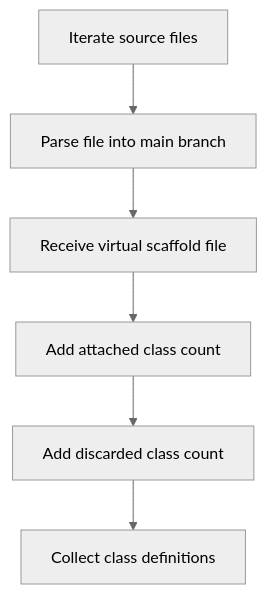
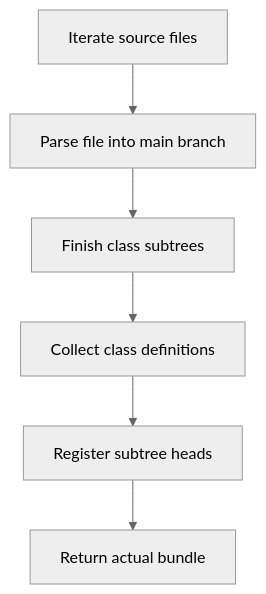
The fifth of 9 diagrams in docs/Codebase/Microservice/Modules/Source/Trees/ClassGeneration/Actual/core.cpp.md (JohnAndrewBalbarosa/NeoTerritory), drawn with Mermaid (neutral theme) before and after one commit. The commit also changed other lines of this file and 717 other files, not shown here.

````diff
--- a/docs/Codebase/Microservice/Modules/Source/Trees/ClassGeneration/Actual/core.cpp.md
+++ b/docs/Codebase/Microservice/Modules/Source/Trees/ClassGeneration/Actual/core.cpp.md
@@ -85,10 +85,10 @@
 ```mermaid
 flowchart TD
     N0["Iterate source files"]
     N1["Parse file into main branch"]
-    N2["Receive virtual scaffold file"]
-    N3["Add attached class count"]
-    N4["Add discarded class count"]
-    N5["Collect class definitions"]
+    N2["Finish class subtrees"]
+    N3["Collect class definitions"]
+    N4["Register subtree heads"]
+    N5["Return actual bundle"]
     N0 --> N1 --> N2 --> N3 --> N4 --> N5
 ```
````
